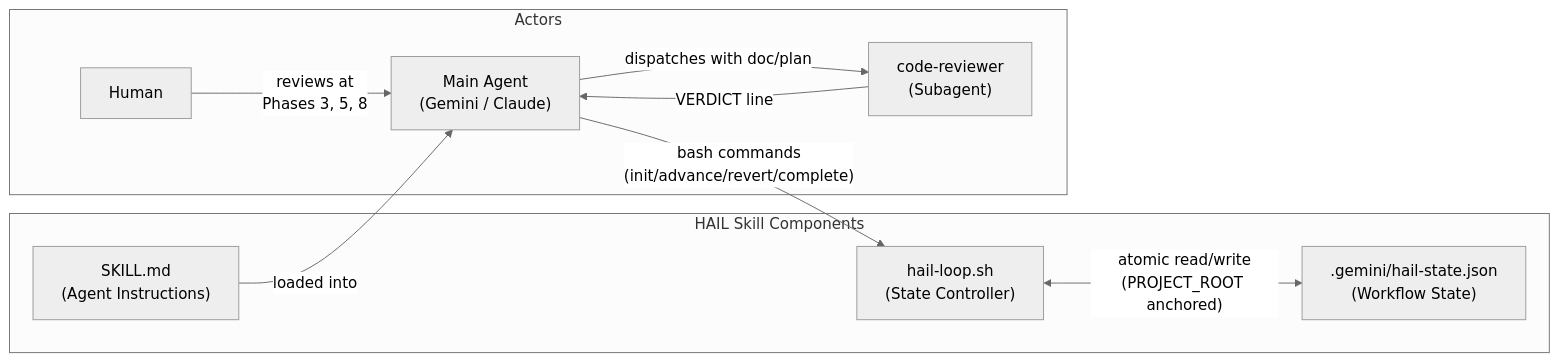
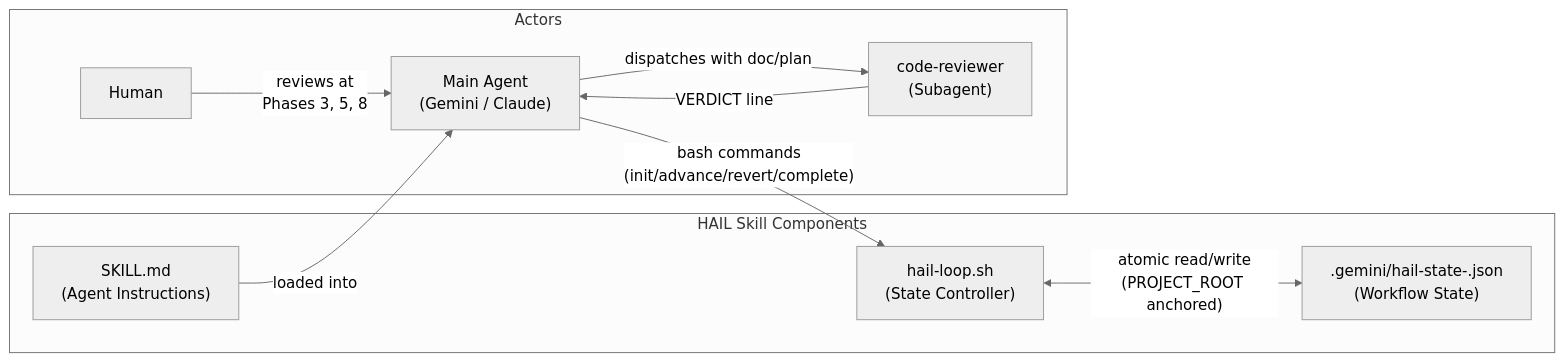
One commit to jerryyrliu-jpg/my-gemini-skills changed the first of 2 diagrams in general-skills/human-agent-in-the-loop-development/README.md. Above: the diagram before and after it, drawn with Mermaid (neutral theme). The commit also changed other lines of this file and 2 other files, not shown here.

Commit message:
feat(hail): upgrade to v1.7.0 with dual adversarial AI review fixes (glinux/gmac compatible)

````diff
--- a/general-skills/human-agent-in-the-loop-development/README.md
+++ b/general-skills/human-agent-in-the-loop-development/README.md
@@ -103,21 +114,21 @@
 ```mermaid
 graph LR
   subgraph Skill["HAIL Skill Components"]
     SKILL["SKILL.md\n(Agent Instructions)"]
     SCRIPT["hail-loop.sh\n(State Controller)"]
-    STATE[".gemini/hail-state.json\n(Workflow State)"]
+    STATE[".gemini/hail-state-<branch>.json\n(Workflow State)"]
   end
 
   subgraph Actors["Actors"]
     AGENT["Main Agent\n(Gemini / Claude)"]
     SUBAGENT["code-reviewer\n(Subagent)"]
     HUMAN["Human"]
   end
 
   SKILL -->|"loaded into"| AGENT
   AGENT -->|"bash commands\n(init/advance/revert/complete)"| SCRIPT
   SCRIPT <-->|"atomic read/write\n(PROJECT_ROOT anchored)"| STATE
   AGENT -->|"dispatches with doc/plan"| SUBAGENT
   SUBAGENT -->|"VERDICT line"| AGENT
   HUMAN -->|"reviews at\nPhases 3, 5, 8"| AGENT
 ```
````
